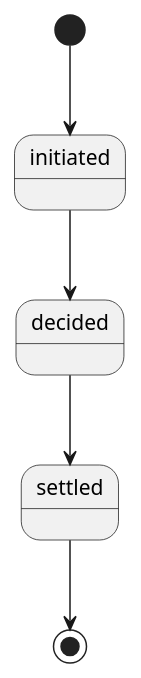
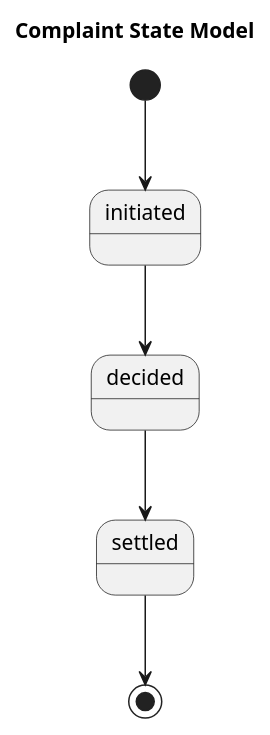
The diagram in images/models/complaint-state-model.puml (UnionInternationalCheminsdeFer/OSDM), drawn with PlantUML before and after one commit. The commit also changed 20 other files, not shown here.

```diff
--- a/images/models/complaint-state-model.puml
+++ b/images/models/complaint-state-model.puml
@@ -1,8 +1,10 @@
 @startuml
+
+title "Complaint State Model"
 
 [*] --> initiated
 initiated --> decided
 decided --> settled
 settled --> [*]
 
 @enduml
```
